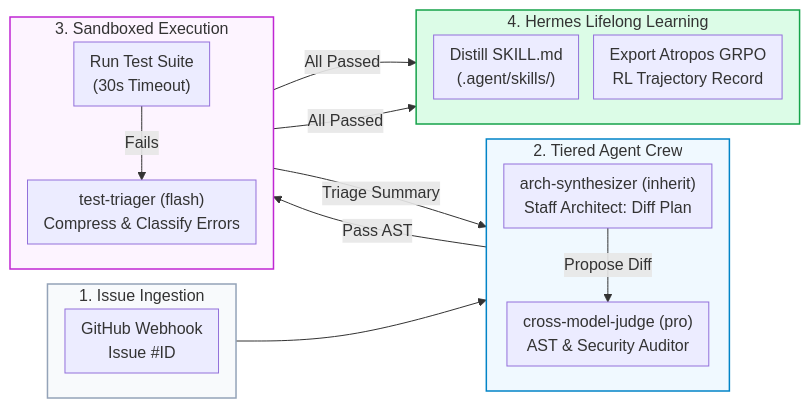
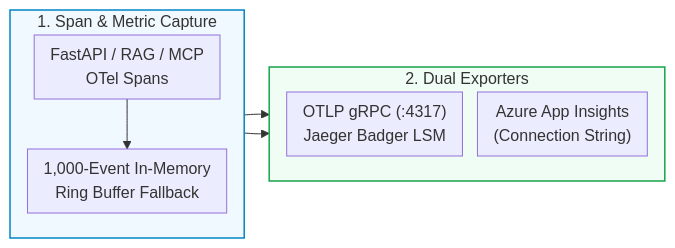
Before and after one commit to Kenono2000/enterprise-rag-pgvector-rbac: the tenth of 12 diagrams in README.md, drawn with Mermaid. The commit also changed other lines of this file, not shown here.

Commit message:
docs: update README navigation, diagrams, and section numbering

````diff
--- a/README.md
+++ b/README.md
@@ -370,34 +289,17 @@
 ```mermaid
 %%{init: {'flowchart': {'nodeSpacing': 15, 'rankSpacing': 25, 'padding': 8}}}%%
 flowchart LR
-    subgraph Intake ["1. Issue Ingestion"]
+    subgraph Trace ["1. Span &amp; Metric Capture"]
         direction TB
-        Issue["GitHub Webhook<br/>Issue #ID"]
+        App["FastAPI / RAG / MCP<br/>OTel Spans"] --> Ring["1,000-Event In-Memory<br/>Ring Buffer Fallback"]
     end
-    subgraph TieredCrew ["2. Tiered Agent Crew"]
+    subgraph Export ["2. Dual Exporters"]
         direction TB
-        Arch["arch-synthesizer (inherit)<br/>Staff Architect: Diff Plan"]
-        Judge["cross-model-judge (pro)<br/>AST &amp; Security Auditor"]
-        Arch -->|"Propose Diff"| Judge
+        OTLP["OTLP gRPC (:4317)<br/>Jaeger Badger LSM"]
+        Azure["Azure App Insights<br/>(Connection String)"]
     end
-    subgraph Execution ["3. Sandboxed Execution"]
-        direction TB
-        Pytest["Run Test Suite<br/>(30s Timeout)"]
-        SRE["test-triager (flash)<br/>Compress &amp; Classify Errors"]
-        Judge -->|"Pass AST"| Pytest
-        Pytest -->|"Fails"| SRE
-        SRE -->|"Triage Summary"| Arch
-    end
-    subgraph HermesTier ["4. Hermes Lifelong Learning"]
-        direction TB
-        Skill["Distill SKILL.md<br/>(.agent/skills/)"]
-        GRPO["Export Atropos GRPO<br/>RL Trajectory Record"]
-        Pytest -->|"All Passed"| Skill
-        Pytest -->|"All Passed"| GRPO
-    end
-    Intake --> Arch
-    style Intake fill:#f8fafc,stroke:#94a3b8,stroke-width:1.5px
-    style TieredCrew fill:#f0f9ff,stroke:#0284c7,stroke-width:1.5px
-    style Execution fill:#fdf4ff,stroke:#c026d3,stroke-width:1.5px
-    style HermesTier fill:#dcfce7,stroke:#16a34a,stroke-width:1.5px
+    Trace --> OTLP
+    Trace --> Azure
+    style Trace fill:#f0f9ff,stroke:#0284c7,stroke-width:1.5px
+    style Export fill:#f0fdf4,stroke:#16a34a,stroke-width:1.5px
 ```
````
